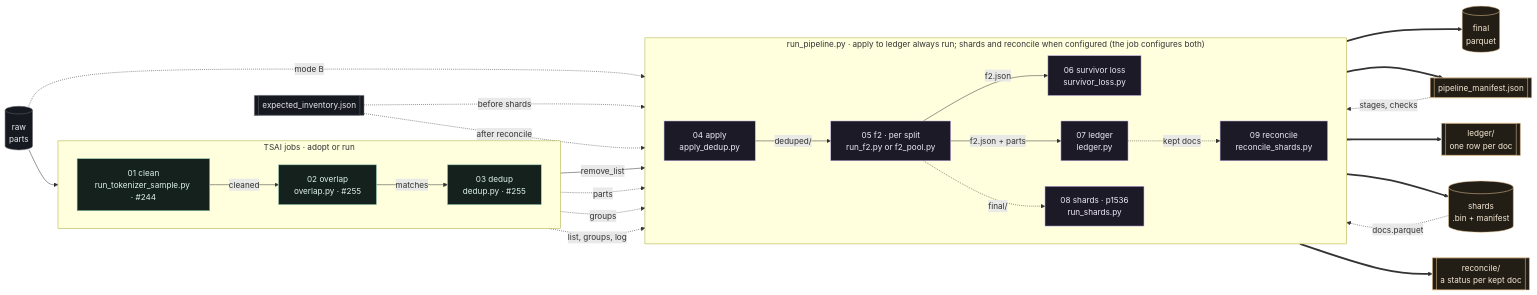
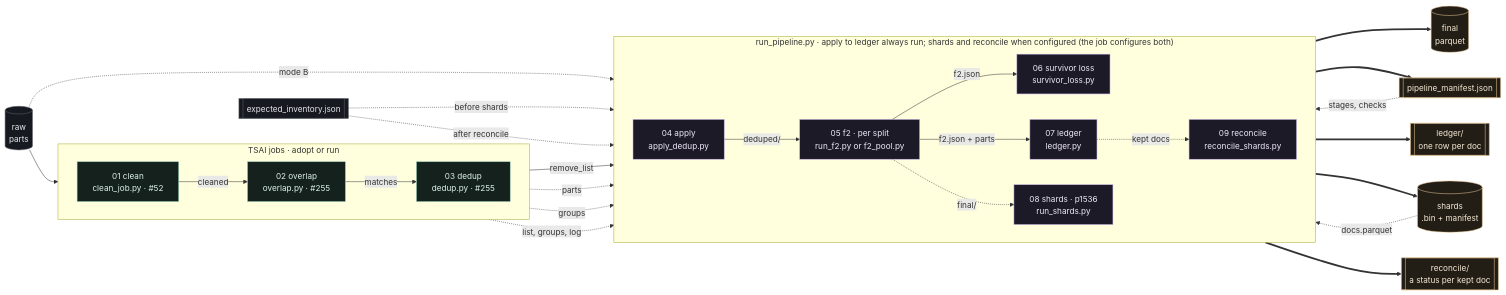
The first of 2 diagrams in teams/01-data-a/pipeline/README.md (theschoolofai/era-v5-lab), drawn with Mermaid before and after one commit. The commit also changed other lines of this file and 20 other files, not shown here.

First line of the commit message:
G1 pipeline: clean stage runs its own job script (clean_job.py)

````diff
--- a/teams/01-data-a/pipeline/README.md
+++ b/teams/01-data-a/pipeline/README.md
@@ -251,49 +250,49 @@
 ```mermaid
 flowchart LR
   raw[("raw<br/>parts")]:::data
 
   subgraph TSAI["TSAI jobs · adopt or run"]
     direction LR
-    clean["01 clean<br/>run_tokenizer_sample.py · #244"]:::tsai
+    clean["01 clean<br/>clean_job.py · #52"]:::tsai
     overlap["02 overlap<br/>overlap.py · #255"]:::tsai
     dedup["03 dedup<br/>dedup.py · #255"]:::tsai
   end
 
   subgraph RUNNER["run_pipeline.py · apply to ledger always run; shards and reconcile when configured (the job configures both)"]
     direction LR
     apply["04 apply<br/>apply_dedup.py"]:::mine
     f2["05 f2 · per split<br/>run_f2.py or f2_pool.py"]:::mine
     loss["06 survivor loss<br/>survivor_loss.py"]:::mine
     led["07 ledger<br/>ledger.py"]:::mine
     shards["08 shards · p1536<br/>run_shards.py"]:::mine
     rec["09 reconcile<br/>reconcile_shards.py"]:::mine
   end
 
   inv[["expected_inventory.json"]]:::data
   raw --> clean -->|"cleaned"| overlap
   overlap -->|"matches"| dedup
   dedup -->|"remove_list"| apply
   clean -.->|"parts"| apply
   apply -->|"deduped/"| f2
   f2 -->|"f2.json"| loss
   dedup -.->|"groups"| loss
   f2 ==> final[("final<br/>parquet")]:::out
   f2 -->|"f2.json + parts"| led
   dedup -.->|"list, groups, log"| led
   raw -.->|"mode B"| led
   loss ==> man[["pipeline_manifest.json"]]:::out
   led ==> ldg[["ledger/<br/>one row per doc"]]:::out
   f2 -.->|"final/"| shards
   man -.->|"stages, checks"| shards
   shards ==> tokens[("shards<br/>.bin + manifest")]:::out
   led -.->|"kept docs"| rec
   tokens -.->|"docs.parquet"| rec
   rec ==> recout[["reconcile/<br/>a status per kept doc"]]:::out
   inv -.->|"before shards"| shards
   inv -.->|"after reconcile"| rec
 
   classDef data fill:#16191f,stroke:#5f6670,color:#e6e8ec
   classDef tsai fill:#14211d,stroke:#8fc9b5,color:#dff2ea
   classDef mine fill:#1c1a26,stroke:#c3aee8,color:#efe9fb
   classDef out fill:#221d15,stroke:#edcb9a,color:#f6ead6
 ```
````
